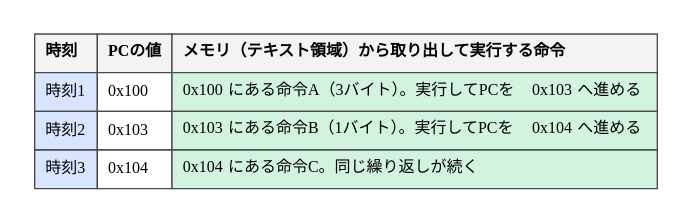
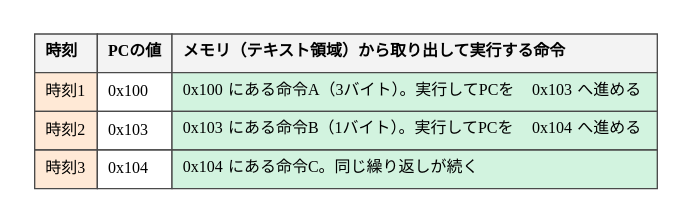
One commit to ymotongpoo/zenn.dev changed the diagram in diagrams/go-ebpf-primer/20260820-fetch-execute-loop.dot. Above: the diagram before and after it, drawn with Graphviz. The commit also changed 109 other files, not shown here.

First line of the commit message:
change(go-ebpf-primer): 図の主系列/ストレージ/補助カテゴリをPrimary/Secondary色に再調整

```diff
--- a/diagrams/go-ebpf-primer/20260820-fetch-execute-loop.dot
+++ b/diagrams/go-ebpf-primer/20260820-fetch-execute-loop.dot
@@ -1,35 +1,35 @@
 // CPUは命令を1つずつ実行する
 digraph fetch_execute_loop {
   graph [
     fontname="IBM Plex Sans JP", fontsize=13,
     splines=ortho,
     bgcolor="white", pad=0.25
   ];
   node [
     fontname="IBM Plex Sans JP", fontsize=12,
     shape=box, style="rounded,filled",
     fillcolor="#F1F1F1", color="#4A4A4A", penwidth=1.6,
     margin="0.2,0.14"
   ];
   edge [
     fontname="IBM Plex Sans JP", fontsize=11,
     color="#343434", penwidth=1.4, arrowsize=0.9,
     fontcolor="#171717"
   ];
 
   loop [shape=plain, style="", label=<
     <table border="0" cellborder="1" cellspacing="0" cellpadding="7" color="#4A4A4A">
       <tr><td align="left" bgcolor="#F3F3F3"><b>時刻</b></td>
           <td align="left" bgcolor="#F3F3F3"><b>PCの値</b></td>
           <td align="left" bgcolor="#F3F3F3"><b>メモリ（テキスト領域）から取り出して実行する命令</b></td></tr>
-      <tr><td align="left" bgcolor="#D8E5FF">時刻1</td>
+      <tr><td align="left" bgcolor="#FFE9D6">時刻1</td>
           <td align="left" bgcolor="#FFFFFF"><font face="JetBrains Mono">0x100</font></td>
           <td align="left" bgcolor="#D2F3DF"><font face="JetBrains Mono">0x100</font> にある命令A（3バイト）。実行してPCを <font face="JetBrains Mono">0x103</font> へ進める</td></tr>
-      <tr><td align="left" bgcolor="#D8E5FF">時刻2</td>
+      <tr><td align="left" bgcolor="#FFE9D6">時刻2</td>
           <td align="left" bgcolor="#FFFFFF"><font face="JetBrains Mono">0x103</font></td>
           <td align="left" bgcolor="#D2F3DF"><font face="JetBrains Mono">0x103</font> にある命令B（1バイト）。実行してPCを <font face="JetBrains Mono">0x104</font> へ進める</td></tr>
-      <tr><td align="left" bgcolor="#D8E5FF">時刻3</td>
+      <tr><td align="left" bgcolor="#FFE9D6">時刻3</td>
           <td align="left" bgcolor="#FFFFFF"><font face="JetBrains Mono">0x104</font></td>
           <td align="left" bgcolor="#D2F3DF"><font face="JetBrains Mono">0x104</font> にある命令C。同じ繰り返しが続く</td></tr>
     </table>>];
 }
```
